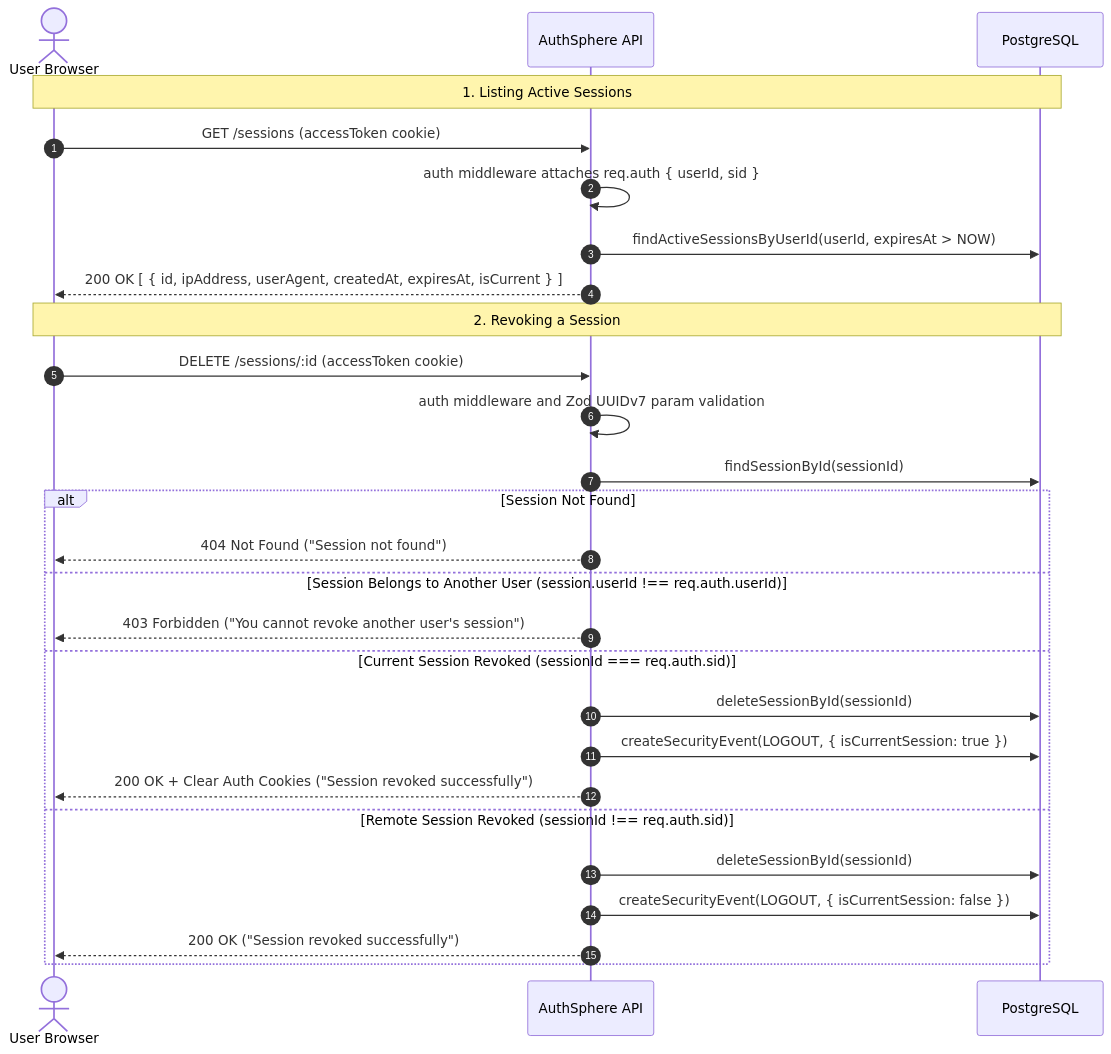
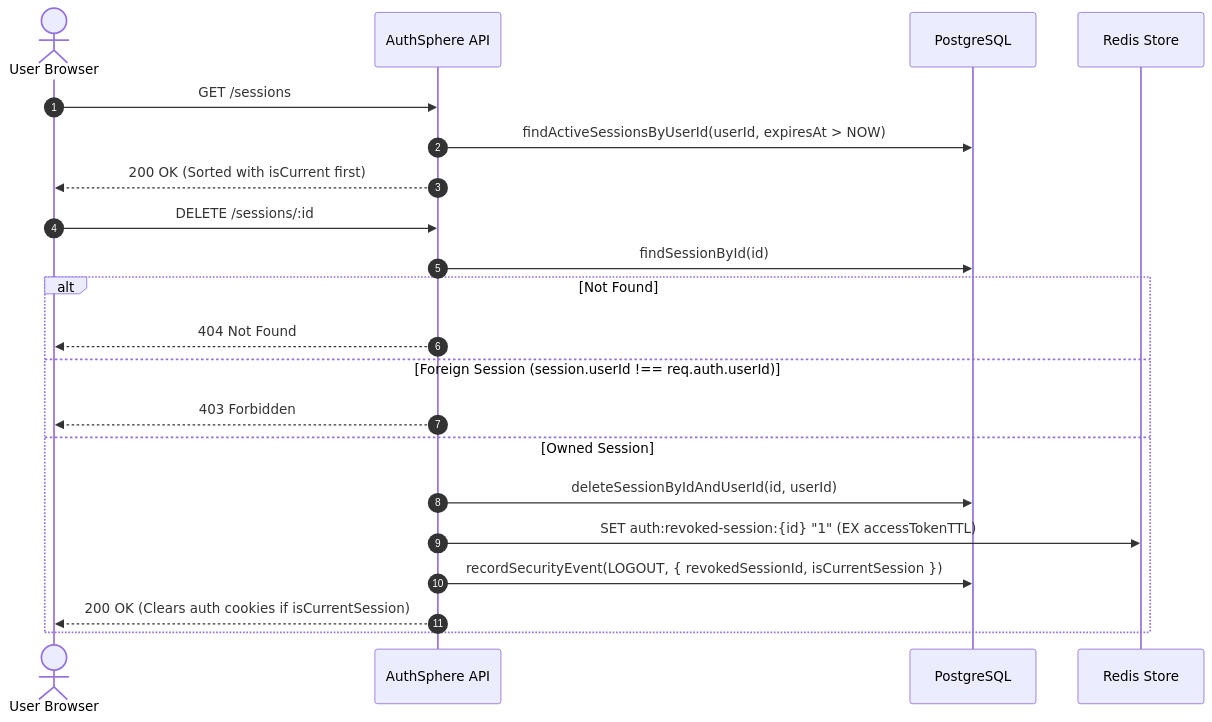
One commit to utkarshj014/authsphere changed the sixth of 6 diagrams in docs/ARCHITECTURE.md. Above: the diagram before and after it, drawn with Mermaid. The commit also changed other lines of this file and 5 other files, not shown here.

````diff
--- a/docs/ARCHITECTURE.md
+++ b/docs/ARCHITECTURE.md
@@ -523,31 +492,25 @@
 ```mermaid
 sequenceDiagram
     autonumber
     actor Client as User Browser
     participant API as AuthSphere API
     participant DB as PostgreSQL
+    participant Redis as Redis Store
 
-    Note over Client, DB: 1. Listing Active Sessions
-    Client->>API: GET /sessions (accessToken cookie)
-    API->>API: auth middleware attaches req.auth { userId, sid }
+    Client->>API: GET /sessions
     API->>DB: findActiveSessionsByUserId(userId, expiresAt > NOW)
-    API-->>Client: 200 OK [ { id, ipAddress, userAgent, createdAt, expiresAt, isCurrent } ]
+    API-->>Client: 200 OK (Sorted with isCurrent first)
 
-    Note over Client, DB: 2. Revoking a Session
-    Client->>API: DELETE /sessions/:id (accessToken cookie)
-    API->>API: auth middleware and Zod UUIDv7 param validation
-    API->>DB: findSessionById(sessionId)
-    alt Session Not Found
-        API-->>Client: 404 Not Found ("Session not found")
-    else Session Belongs to Another User (session.userId !== req.auth.userId)
-        API-->>Client: 403 Forbidden ("You cannot revoke another user's session")
-    else Current Session Revoked (sessionId === req.auth.sid)
-        API->>DB: deleteSessionById(sessionId)
-        API->>DB: createSecurityEvent(LOGOUT, { isCurrentSession: true })
-        API-->>Client: 200 OK + Clear Auth Cookies ("Session revoked successfully")
-    else Remote Session Revoked (sessionId !== req.auth.sid)
-        API->>DB: deleteSessionById(sessionId)
-        API->>DB: createSecurityEvent(LOGOUT, { isCurrentSession: false })
-        API-->>Client: 200 OK ("Session revoked successfully")
+    Client->>API: DELETE /sessions/:id
+    API->>DB: findSessionById(id)
+    alt Not Found
+        API-->>Client: 404 Not Found
+    else Foreign Session (session.userId !== req.auth.userId)
+        API-->>Client: 403 Forbidden
+    else Owned Session
+        API->>DB: deleteSessionByIdAndUserId(id, userId)
+        API->>Redis: SET auth:revoked-session:{id} "1" (EX accessTokenTTL)
+        API->>DB: recordSecurityEvent(LOGOUT, { revokedSessionId, isCurrentSession })
+        API-->>Client: 200 OK (Clears auth cookies if isCurrentSession)
     end
 ```
````
